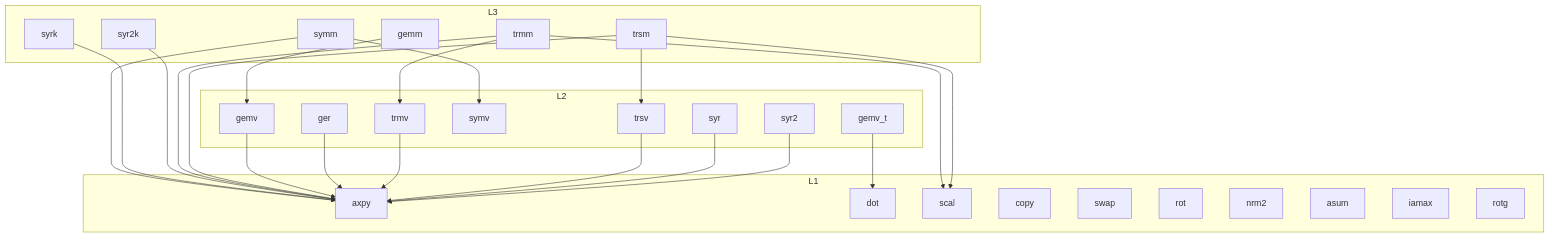
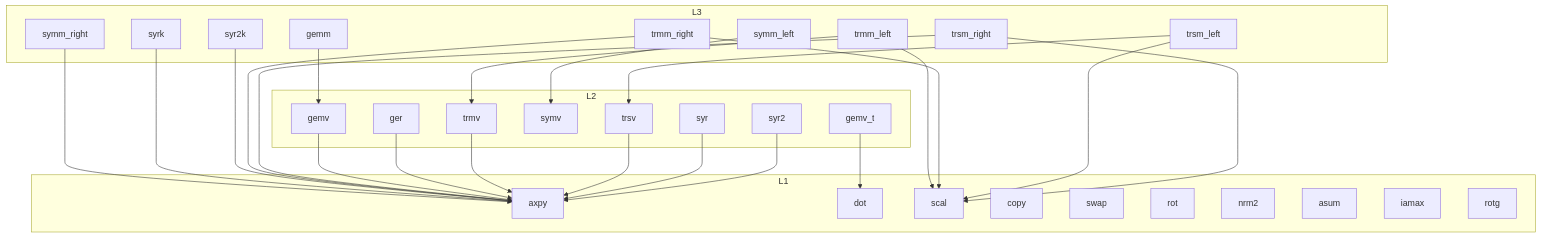
One commit to andy-emerson/blas.wasm changed the diagram in src/README.md. Above: the diagram before and after it, drawn with Mermaid. The commit also changed other lines of this file and 1 other file, not shown here.

Commit message:
docs(blas): one counting convention — 23 routines, 27 operations
24 was an indefensible halfway point (it split gemv_t but merged the
left/right pairs). Define the two defensible counts once in
blas/README.md — 23 routines (netlib names = files, flag variants
folded) splitting into 27 distinct operations (the call-graph nodes:
+gemv_t, +the three left/right pairs; gemm's internal shapes add
nothing — bit-identical results) — and use them everywhere.

Redraw blas/src/README.md at one node per operation (27 nodes), so
every node carries exactly its own edges: symm/trmm/trsm appear as
_left/_right, each with only the calls that side actually makes.
Align the routine wording in STATUS.md, ROADMAP.md, and the root
README evidence grid.

Claude-Session: https://claude.ai/code/session_015Ra6me2RTGWS43aPYdTSTo

````diff
--- a/src/README.md
+++ b/src/README.md
@@ -9,55 +11,60 @@
 ```mermaid
 graph TD
   subgraph L3
     gemm
-    symm
+    symm_left
+    symm_right
     syrk
     syr2k
-    trmm
-    trsm
+    trmm_left
+    trmm_right
+    trsm_left
+    trsm_right
   end
 
   subgraph L2
     gemv
     gemv_t
     ger
     symv
     trmv
     trsv
     syr
     syr2
   end
 
   subgraph L1
     axpy
     dot
     scal
     copy
     swap
     rot
     nrm2
     asum
     iamax
     rotg
   end
 
   gemm --> gemv
-  symm --> symv
-  symm --> axpy
+  symm_left --> symv
+  symm_right --> axpy
   syrk --> axpy
   syr2k --> axpy
-  trmm --> trmv
-  trmm --> axpy
-  trmm --> scal
-  trsm --> trsv
-  trsm --> axpy
-  trsm --> scal
+  trmm_left --> trmv
+  trmm_left --> scal
+  trmm_right --> axpy
+  trmm_right --> scal
+  trsm_left --> trsv
+  trsm_left --> scal
+  trsm_right --> axpy
+  trsm_right --> scal
 
   gemv --> axpy
   gemv_t --> dot
   ger --> axpy
   trmv --> axpy
   trsv --> axpy
   syr --> axpy
   syr2 --> axpy
 ```
````
